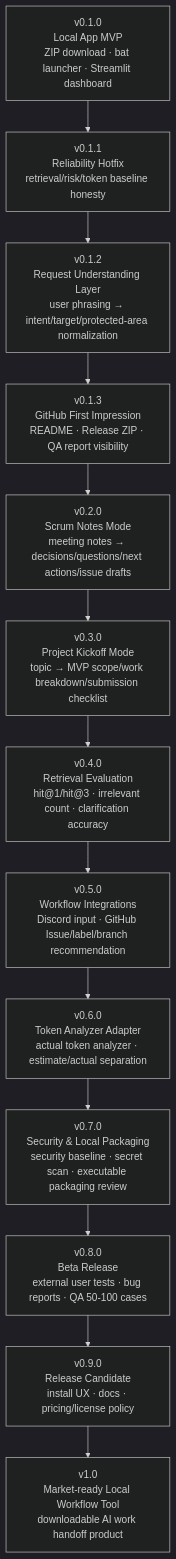
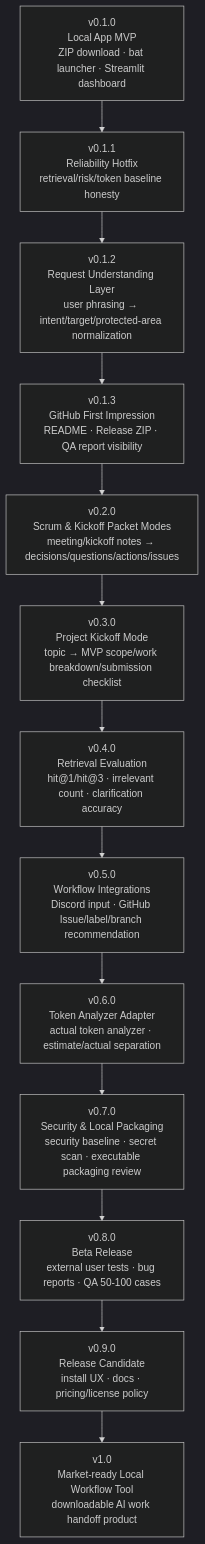
Before and after one commit to mosejong/context-capsule: the first of 2 diagrams in docs/v1_roadmap.md, drawn with Mermaid (dark theme). The commit also changed other lines of this file and 20 other files, not shown here.

Commit message:
Productize scrum and kickoff packets

````diff
--- a/docs/v1_roadmap.md
+++ b/docs/v1_roadmap.md
@@ -17,27 +17,27 @@
 ```mermaid
 flowchart TD
     A[v0.1.0<br/>Local App MVP<br/>ZIP download · bat launcher · Streamlit dashboard]
     --> B[v0.1.1<br/>Reliability Hotfix<br/>retrieval/risk/token baseline honesty]
 
     B --> C[v0.1.2<br/>Request Understanding Layer<br/>user phrasing → intent/target/protected-area normalization]
 
     C --> D[v0.1.3<br/>GitHub First Impression<br/>README · Release ZIP · QA report visibility]
 
-    D --> E[v0.2.0<br/>Scrum Notes Mode<br/>meeting notes → decisions/questions/next actions/issue drafts]
+    D --> E[v0.2.0<br/>Scrum & Kickoff Packet Modes<br/>meeting/kickoff notes → decisions/questions/actions/issues]
 
     E --> F[v0.3.0<br/>Project Kickoff Mode<br/>topic → MVP scope/work breakdown/submission checklist]
 
     F --> G[v0.4.0<br/>Retrieval Evaluation<br/>hit@1/hit@3 · irrelevant count · clarification accuracy]
 
     G --> H[v0.5.0<br/>Workflow Integrations<br/>Discord input · GitHub Issue/label/branch recommendation]
 
     H --> I[v0.6.0<br/>Token Analyzer Adapter<br/>actual token analyzer · estimate/actual separation]
 
     I --> J[v0.7.0<br/>Security & Local Packaging<br/>security baseline · secret scan · executable packaging review]
 
     J --> K[v0.8.0<br/>Beta Release<br/>external user tests · bug reports · QA 50-100 cases]
 
     K --> L[v0.9.0<br/>Release Candidate<br/>install UX · docs · pricing/license policy]
 
     L --> M[v1.0<br/>Market-ready Local Workflow Tool<br/>downloadable AI work handoff product]
 ```
````
